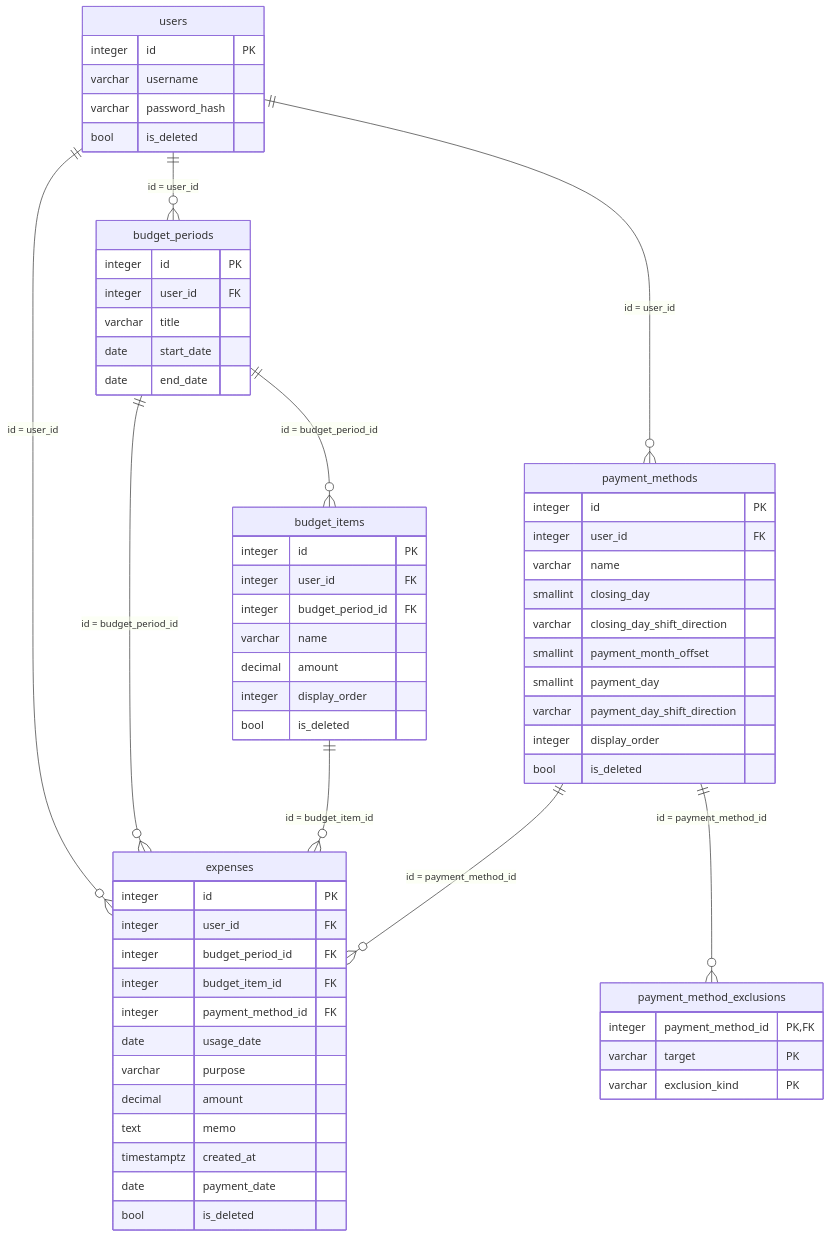
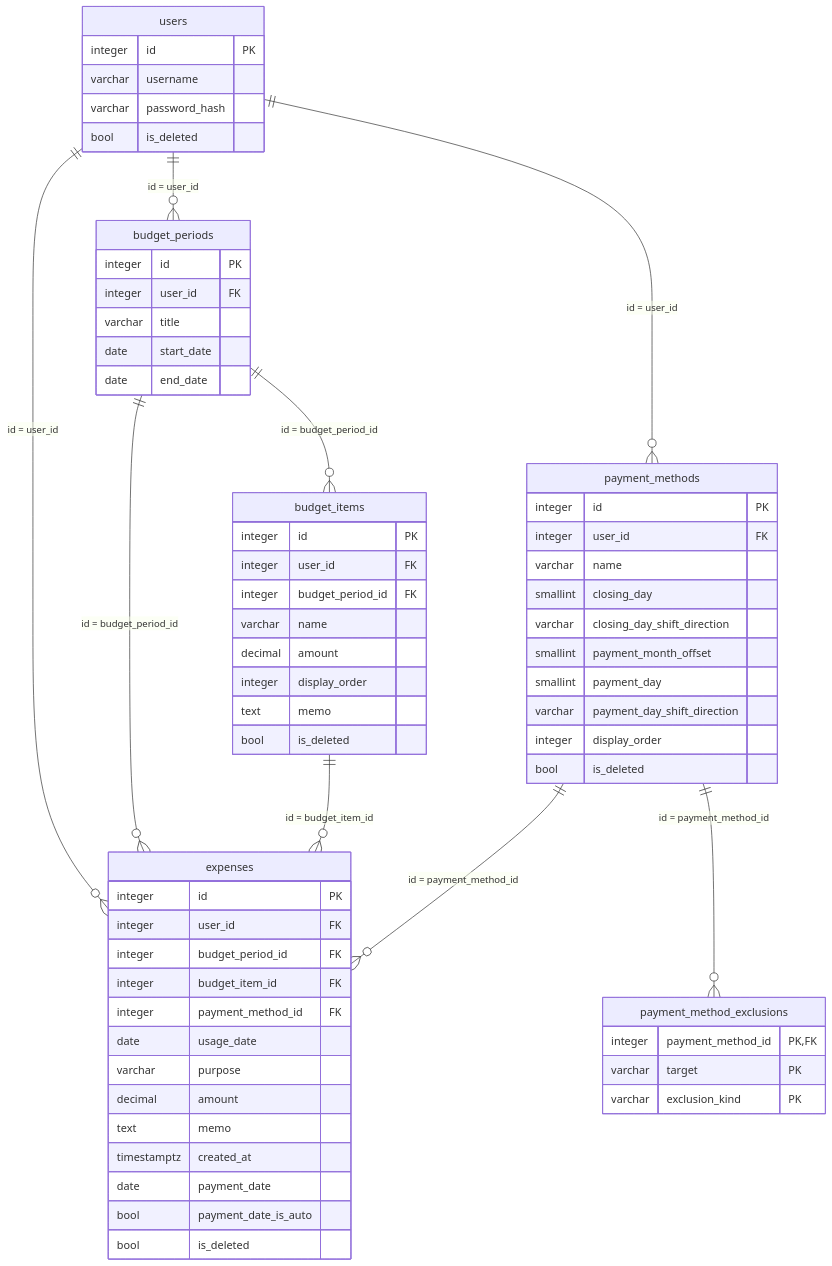
Before and after one commit to u1tym/claude_webapp: the diagram in specs/expense-management/db-design.md, drawn with Mermaid. The commit also changed other lines of this file and 20 other files, not shown here.

````diff
--- a/specs/expense-management/db-design.md
+++ b/specs/expense-management/db-design.md
@@ -21,64 +21,66 @@
 ```mermaid
 erDiagram
     users ||--o{ budget_periods : "id = user_id"
     users ||--o{ payment_methods : "id = user_id"
     users ||--o{ expenses : "id = user_id"
     budget_periods ||--o{ budget_items : "id = budget_period_id"
     payment_methods ||--o{ payment_method_exclusions : "id = payment_method_id"
     budget_periods ||--o{ expenses : "id = budget_period_id"
     budget_items ||--o{ expenses : "id = budget_item_id"
     payment_methods ||--o{ expenses : "id = payment_method_id"
     users {
         integer id PK
         varchar username
         varchar password_hash
         bool is_deleted
     }
     budget_periods {
         integer id PK
         integer user_id FK
         varchar title
         date start_date
         date end_date
     }
     budget_items {
         integer id PK
         integer user_id FK
         integer budget_period_id FK
         varchar name
         decimal amount
         integer display_order
+        text memo
         bool is_deleted
     }
     payment_methods {
         integer id PK
         integer user_id FK
         varchar name
         smallint closing_day
         varchar closing_day_shift_direction
         smallint payment_month_offset
         smallint payment_day
         varchar payment_day_shift_direction
         integer display_order
         bool is_deleted
     }
     payment_method_exclusions {
         integer payment_method_id PK, FK
         varchar target PK
         varchar exclusion_kind PK
     }
     expenses {
         integer id PK
         integer user_id FK
         integer budget_period_id FK
         integer budget_item_id FK
         integer payment_method_id FK
         date usage_date
         varchar purpose
         decimal amount
         text memo
         timestamptz created_at
         date payment_date
+        bool payment_date_is_auto
         bool is_deleted
     }
 ```
````
